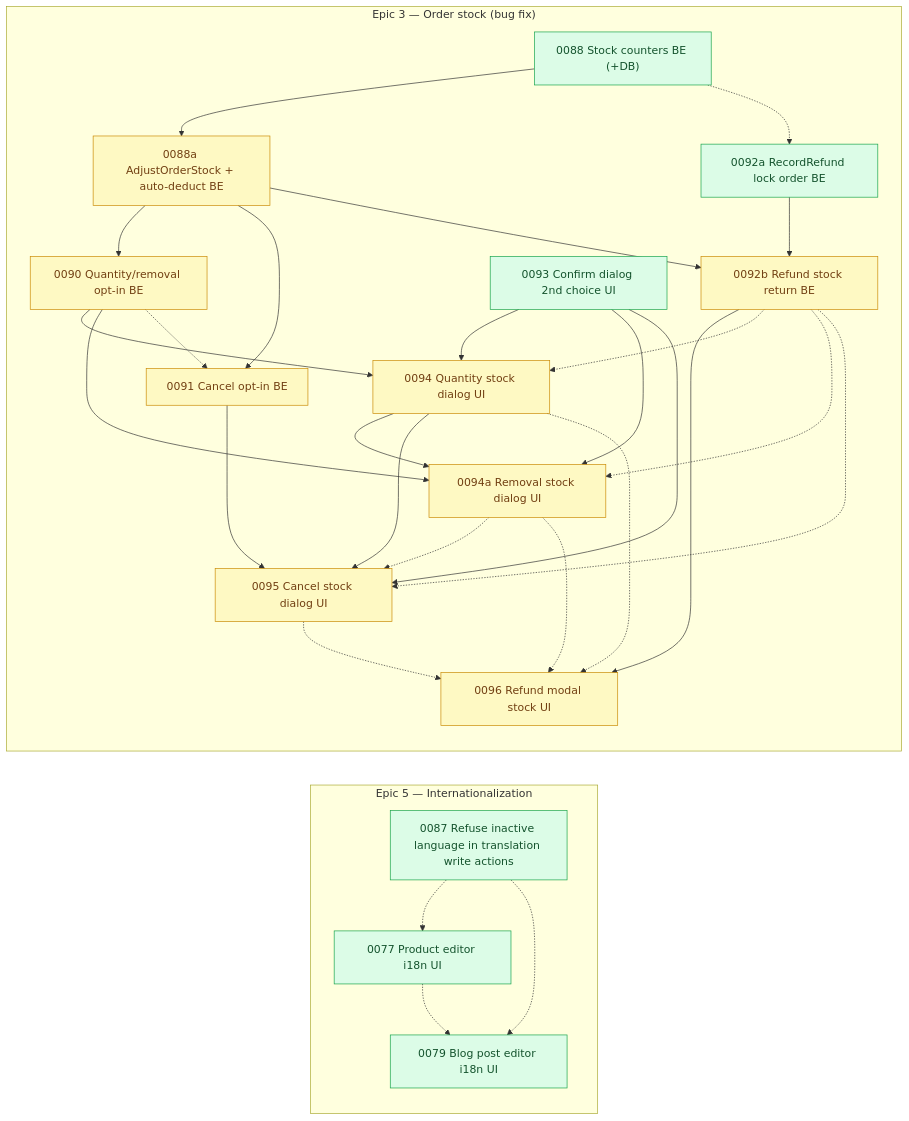
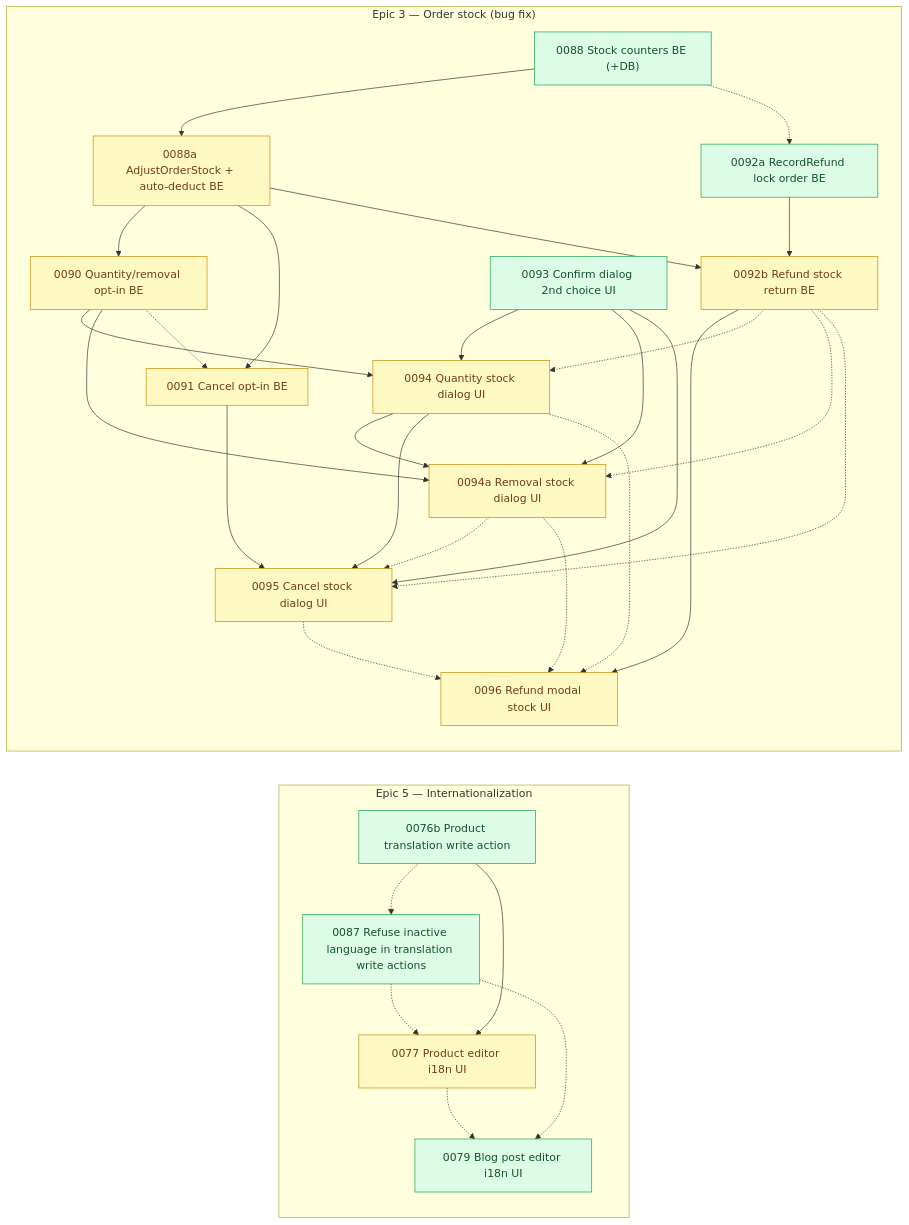
The diagram in arospe/ai-spec/tasks-map.md (shojen/AI4Devs-finalproject), drawn with Mermaid before and after one commit. The commit also changed other lines of this file and 5 other files, not shown here.

````diff
--- a/arospe/ai-spec/tasks-map.md
+++ b/arospe/ai-spec/tasks-map.md
@@ -584,6 +587,7 @@
     subgraph PEND_I18N["Epic 5 — Internationalization"]
         direction TB
         P0087["0087 Refuse inactive language in translation write actions"]
+        P0076b["0076b Product translation write action"]
         P0077["0077 Product editor i18n UI"]
         P0079["0079 Blog post editor i18n UI"]
     end
@@ -701,10 +705,13 @@
     %% (P0084 --> P0085 dropped: 0084 is done; 0085 is done too.)
     %% (P0083 -.-> P0085 and P0083 --> P0086 dropped: 0083 is done; 0086 is now ready.)
 
-    class P0077,P0079,P0087 ready;
+    class P0076b,P0079,P0087 ready;
+    class P0077 pending;
     %% (P0078 closed to done/ 2026-11-08; no node remains `claimed`.)
     P0087 -.-> P0079
     P0087 -.-> P0077
+    P0076b --> P0077
+    P0076b -.-> P0087
     %% (P0075 closed to done/ 2026-10-27; P0073 closed to done/ 2026-10-08; no node remains `claimed`.)
     %% (P0071 --> P0073/P0075/P0079 dropped: 0071 closed to done/ 2026-10-07.)
 ```
````
